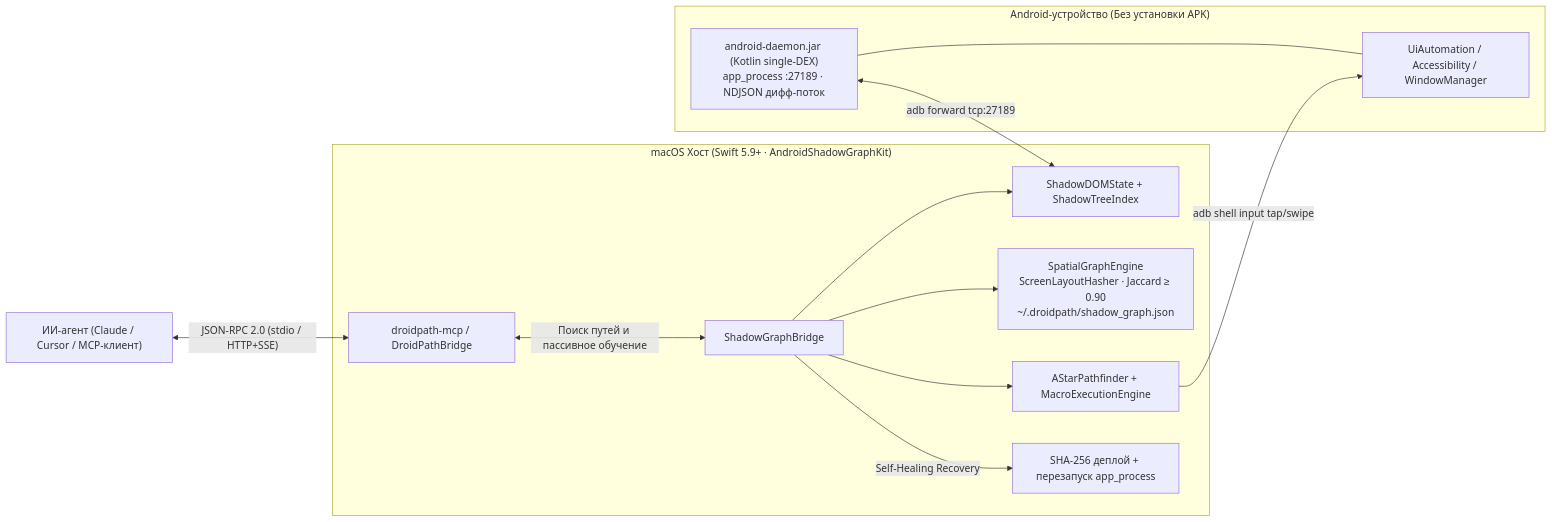
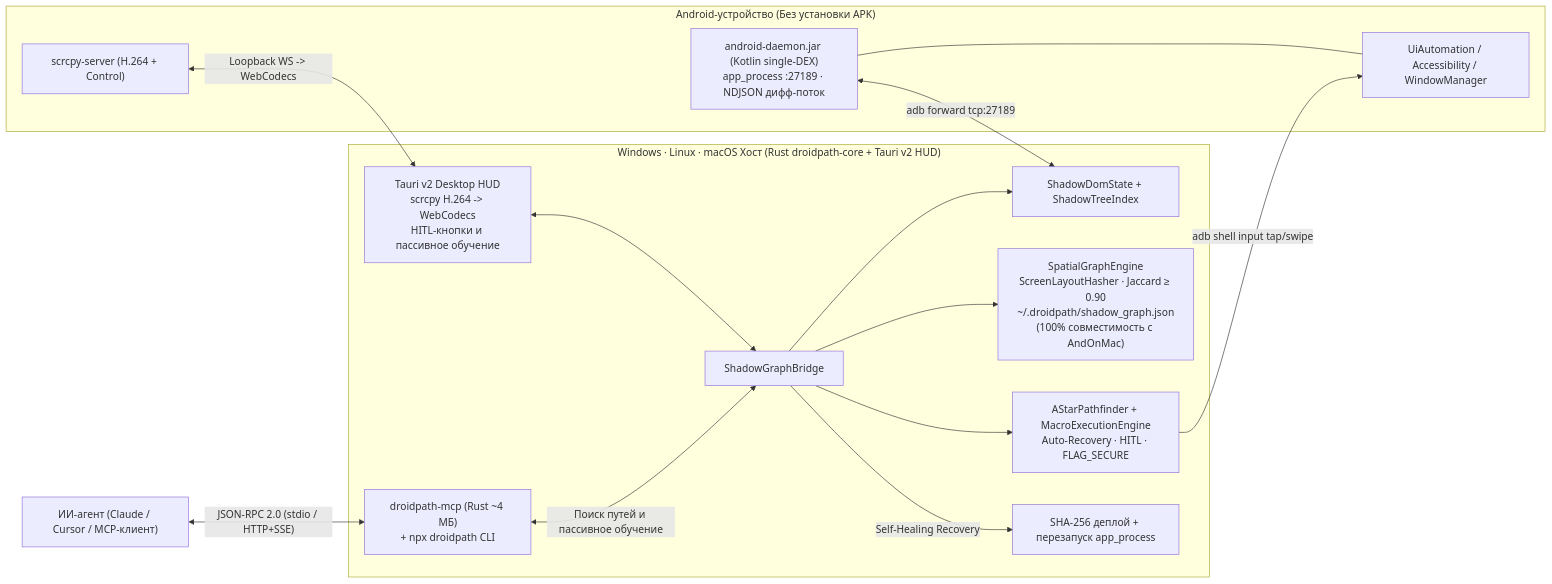
The diagram in README_RU.md (V0val0x/DroidPath), drawn with Mermaid before and after one commit. The commit also changed other lines of this file and 121 other files, not shown here.

Commit message:
feat: v2.0.0 cross-platform Rust core, Tauri v2 Desktop HUD & 1-click Zero-Friction CLI

````diff
--- a/README_RU.md
+++ b/README_RU.md
@@ -20,21 +55,24 @@
 ```mermaid
 flowchart LR
-    Agent["ИИ-агент (Claude / Cursor / MCP-клиент)"] <-->|"JSON-RPC 2.0 (stdio / HTTP+SSE)"| CLI["droidpath-mcp / DroidPathBridge"]
+    Agent["ИИ-агент (Claude / Cursor / MCP-клиент)"] <-->|"JSON-RPC 2.0 (stdio / HTTP+SSE)"| CLI["droidpath-mcp (Rust ~4 МБ)\n+ npx droidpath CLI"]
 
-    subgraph Host["macOS Хост (Swift 5.9+ · AndroidShadowGraphKit)"]
+    subgraph Host["Windows · Linux · macOS Хост (Rust droidpath-core + Tauri v2 HUD)"]
         CLI <-->|"Поиск путей и пассивное обучение"| Bridge["ShadowGraphBridge"]
-        Bridge --> DOM["ShadowDOMState + ShadowTreeIndex"]
-        Bridge --> Graph["SpatialGraphEngine\nScreenLayoutHasher · Jaccard ≥ 0.90\n~/.droidpath/shadow_graph.json"]
-        Bridge --> AStar["AStarPathfinder + MacroExecutionEngine"]
+        HUD["Tauri v2 Desktop HUD\nscrcpy H.264 -> WebCodecs\nHITL-кнопки и пассивное обучение"] <--> Bridge
+        Bridge --> DOM["ShadowDomState + ShadowTreeIndex"]
+        Bridge --> Graph["SpatialGraphEngine\nScreenLayoutHasher · Jaccard ≥ 0.90\n~/.droidpath/shadow_graph.json\n(100% совместимость с AndOnMac)"]
+        Bridge --> AStar["AStarPathfinder + MacroExecutionEngine\nAuto-Recovery · HITL · FLAG_SECURE"]
         Bridge -->|"Self-Healing Recovery"| Recovery["SHA-256 деплой + перезапуск app_process"]
     end
 
     subgraph Android["Android-устройство (Без установки APK)"]
         Daemon["android-daemon.jar (Kotlin single-DEX)\napp_process :27189 · NDJSON дифф-поток"]
+        Scrcpy["scrcpy-server (H.264 + Control)"]
         Sys["UiAutomation / Accessibility / WindowManager"]
     end
 
     Daemon <-->|"adb forward tcp:27189"| DOM
+    Scrcpy <-->|"Loopback WS -> WebCodecs"| HUD
     AStar -->|"adb shell input tap/swipe"| Sys
     Daemon --- Sys
 ```
````
